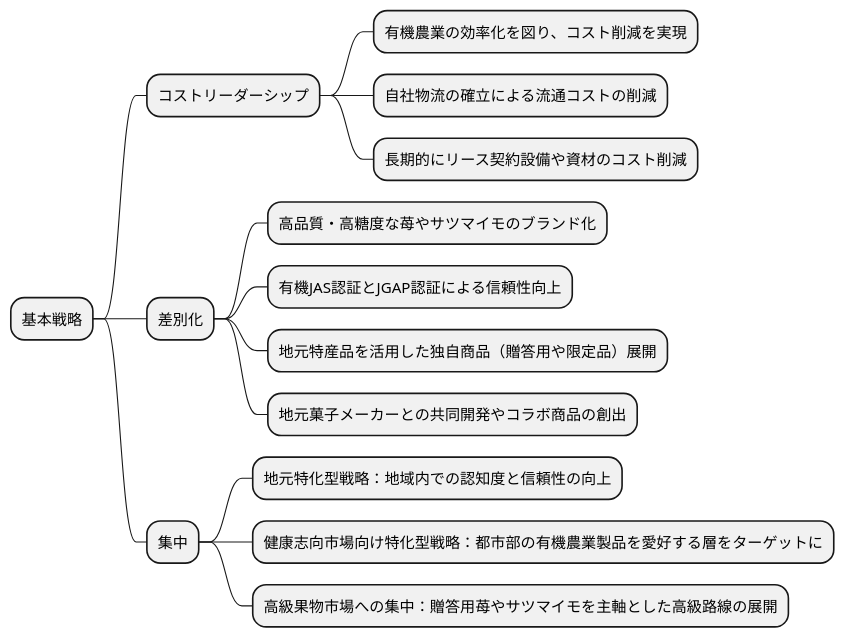
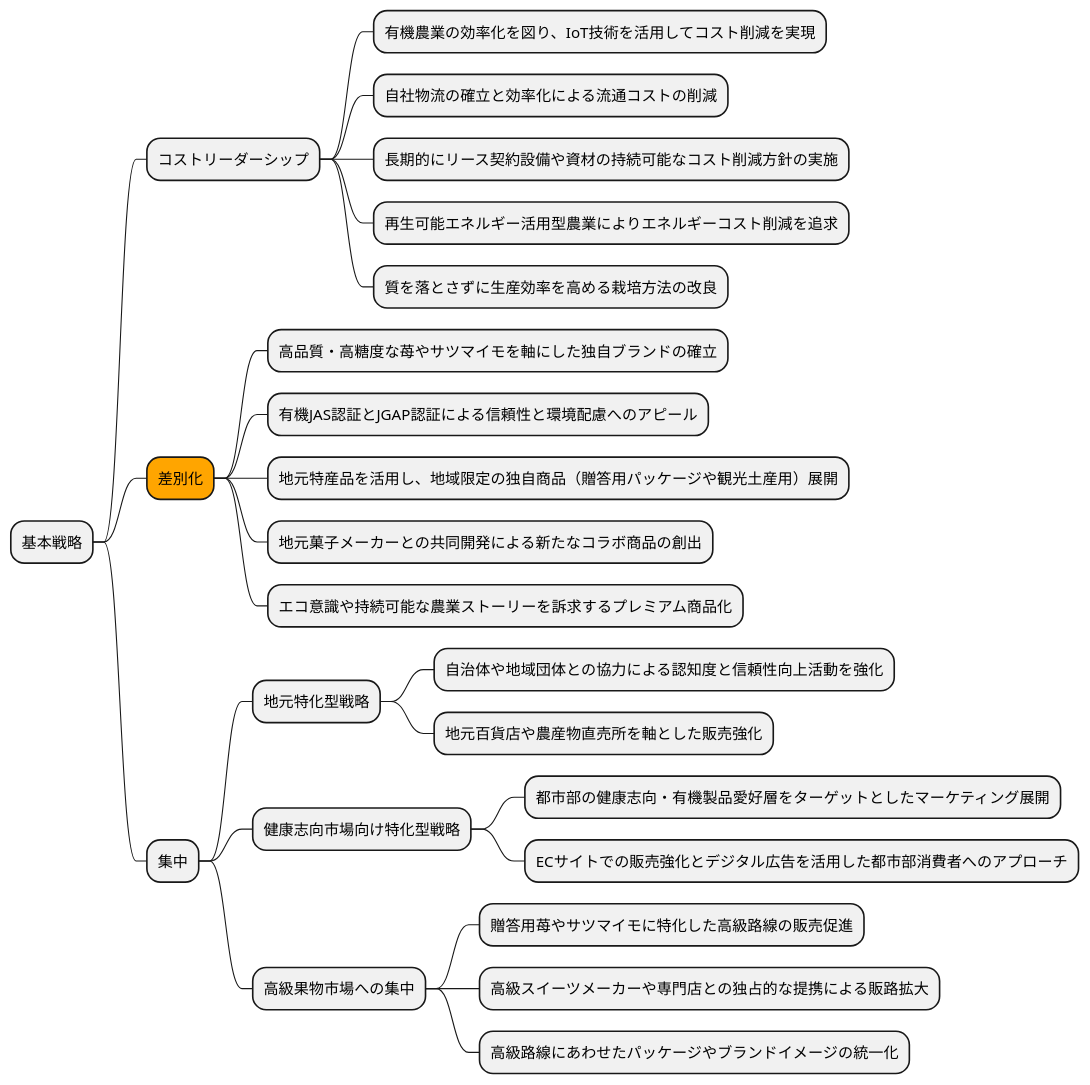
Before and after one commit to k2works/case-study-business-analysis: the eighth of 19 diagrams in docs/case/r04_case_1.adoc, drawn with PlantUML. The commit also changed other lines of this file, not shown here.

```diff
--- a/docs/case/r04_case_1.adoc
+++ b/docs/case/r04_case_1.adoc
@@ -359,21 +403,31 @@
 [plantuml]
 ----
 @startmindmap
 
 * 基本戦略
 ** コストリーダーシップ
-*** 有機農業の効率化を図り、コスト削減を実現
-*** 自社物流の確立による流通コストの削減
-*** 長期的にリース契約設備や資材のコスト削減
-** 差別化
-*** 高品質・高糖度な苺やサツマイモのブランド化
-*** 有機JAS認証とJGAP認証による信頼性向上
-*** 地元特産品を活用した独自商品（贈答用や限定品）展開
-*** 地元菓子メーカーとの共同開発やコラボ商品の創出
+*** 有機農業の効率化を図り、IoT技術を活用してコスト削減を実現
+*** 自社物流の確立と効率化による流通コストの削減
+*** 長期的にリース契約設備や資材の持続可能なコスト削減方針の実施
+*** 再生可能エネルギー活用型農業によりエネルギーコスト削減を追求
+*** 質を落とさずに生産効率を高める栽培方法の改良
+**[#orange] 差別化
+*** 高品質・高糖度な苺やサツマイモを軸にした独自ブランドの確立
+*** 有機JAS認証とJGAP認証による信頼性と環境配慮へのアピール
+*** 地元特産品を活用し、地域限定の独自商品（贈答用パッケージや観光土産用）展開
+*** 地元菓子メーカーとの共同開発による新たなコラボ商品の創出
+*** エコ意識や持続可能な農業ストーリーを訴求するプレミアム商品化
 ** 集中
-*** 地元特化型戦略：地域内での認知度と信頼性の向上
-*** 健康志向市場向け特化型戦略：都市部の有機農業製品を愛好する層をターゲットに
-*** 高級果物市場への集中：贈答用苺やサツマイモを主軸とした高級路線の展開
+*** 地元特化型戦略
+**** 自治体や地域団体との協力による認知度と信頼性向上活動を強化
+**** 地元百貨店や農産物直売所を軸とした販売強化
+*** 健康志向市場向け特化型戦略
+**** 都市部の健康志向・有機製品愛好層をターゲットとしたマーケティング展開
+**** ECサイトでの販売強化とデジタル広告を活用した都市部消費者へのアプローチ
+*** 高級果物市場への集中
+**** 贈答用苺やサツマイモに特化した高級路線の販売促進
+**** 高級スイーツメーカーや専門店との独占的な提携による販路拡大
+**** 高級路線にあわせたパッケージやブランドイメージの統一化
 
 @endmindmap
 ----
```
